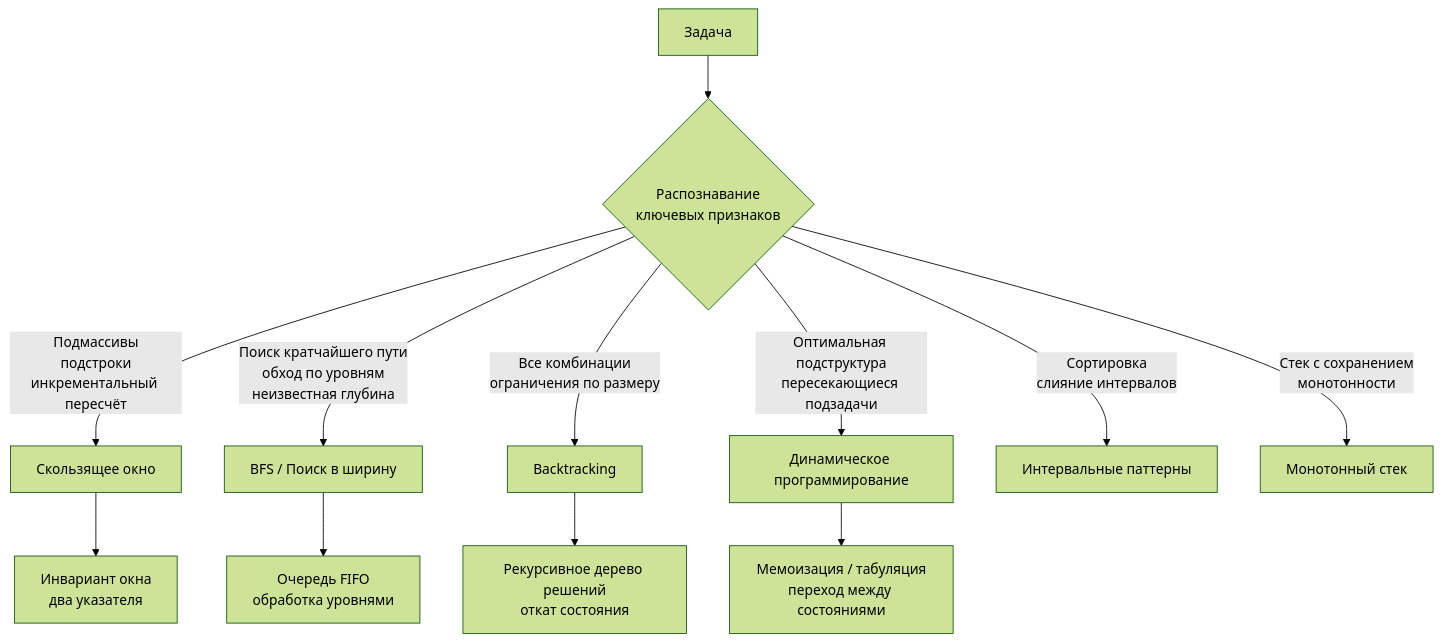
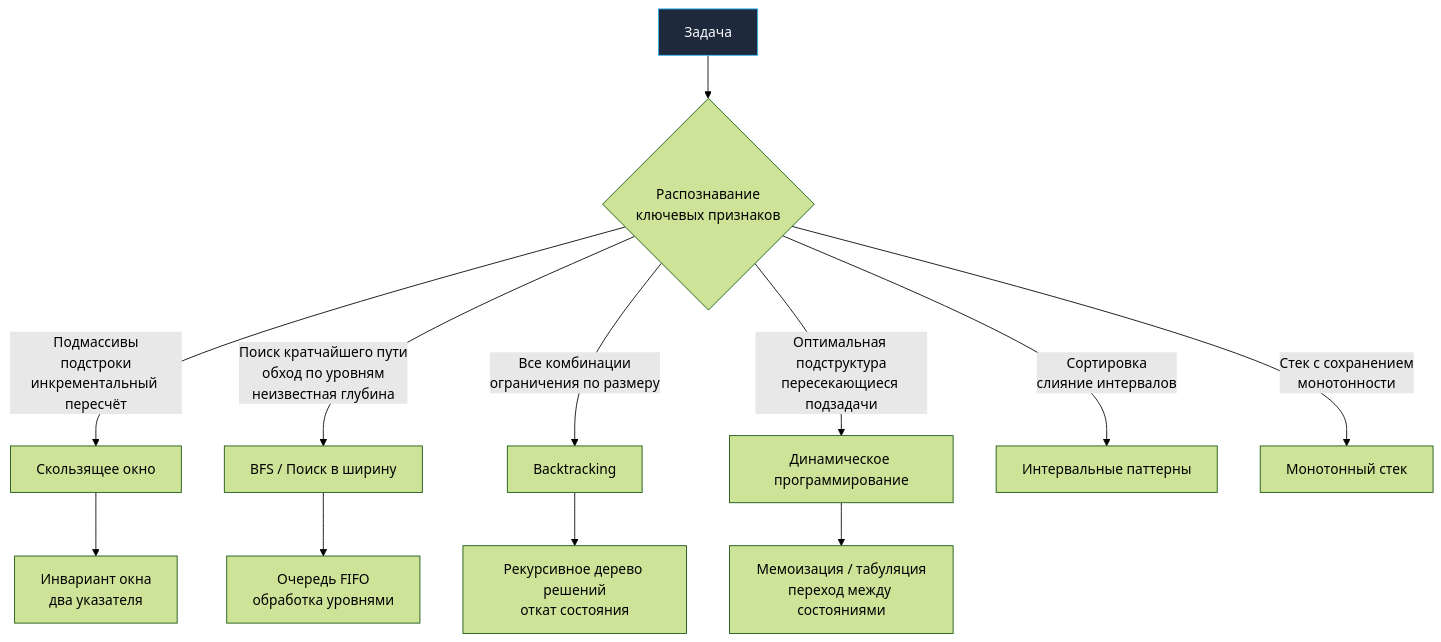
One commit to UnrealTemplier/go-textbook changed the diagram in sources/21. Задачи с LeetCode и собеседований на Go/01. Теория/3. Паттерны вместо запоминания решений.md. Above: the diagram before and after it, drawn with Mermaid (forest theme). The commit also changed 1666 other files, not shown here.

First line of the commit message:
feat(mermaid): add semantic color classDef to 1369 colorless flowchart/graph diagrams

````diff
--- a/sources/21. Задачи с LeetCode и собеседований на Go/01. Теория/3. Паттерны вместо запоминания решений.md
+++ b/sources/21. Задачи с LeetCode и собеседований на Go/01. Теория/3. Паттерны вместо запоминания решений.md
@@ -44,15 +44,25 @@
 ```mermaid
 flowchart TD
-    Problem["Задача"] --> Recognition{"Распознавание<br>ключевых признаков"}
+    classDef process  fill:#1e293b,stroke:#38bdf8,stroke-width:1px,color:#f8fafc
+    classDef success  fill:#064e3b,stroke:#34d399,stroke-width:1px,color:#f8fafc
+    classDef error    fill:#7f1d1d,stroke:#f87171,stroke-width:1px,color:#f8fafc
+    classDef warning  fill:#78350f,stroke:#fbbf24,stroke-width:1px,color:#f8fafc
+    classDef entry    fill:#1e3a5f,stroke:#38bdf8,stroke-width:2px,color:#f8fafc
+    classDef aux      fill:#334155,stroke:#64748b,stroke-width:1px,color:#f8fafc
+    classDef system   fill:#312e81,stroke:#a78bfa,stroke-width:1px,color:#f8fafc
+    classDef data     fill:#132d29,stroke:#2dd4bf,stroke-width:1px,color:#f8fafc
+    classDef network  fill:#881337,stroke:#fb7185,stroke-width:1px,color:#f8fafc
+    classDef accent   fill:#1e1b4b,stroke:#818cf8,stroke-width:1px,color:#f8fafc
+    Problem["Задача"]:::process --> Recognition{"Распознавание<br>ключевых признаков"}
     Recognition -->|"Подмассивы<br>подстроки<br>инкрементальный пересчёт"| SW["Скользящее окно"]
     Recognition -->|"Поиск кратчайшего пути<br>обход по уровням<br>неизвестная глубина"| BFS["BFS / Поиск в ширину"]
     Recognition -->|"Все комбинации<br>ограничения по размеру"| BT["Backtracking"]
     Recognition -->|"Оптимальная подструктура<br>пересекающиеся подзадачи"| DP["Динамическое программирование"]
     Recognition -->|"Сортировка<br>слияние интервалов"| Intervals["Интервальные паттерны"]
     Recognition -->|"Стек с сохранением<br>монотонности"| MonStack["Монотонный стек"]
     
     SW --> Core1["Инвариант окна<br>два указателя"]
     BFS --> Core2["Очередь FIFO<br>обработка уровнями"]
     BT --> Core3["Рекурсивное дерево решений<br>откат состояния"]
     DP --> Core4["Мемоизация / табуляция<br>переход между состояниями"]
 ```
````
